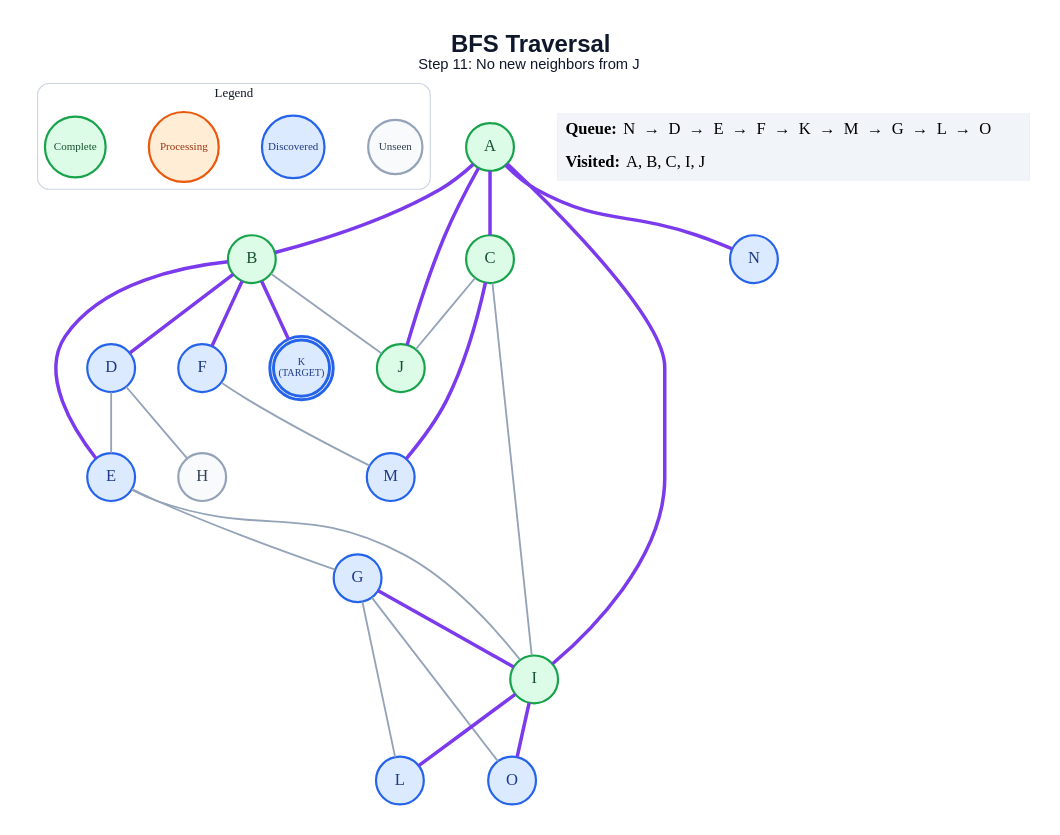
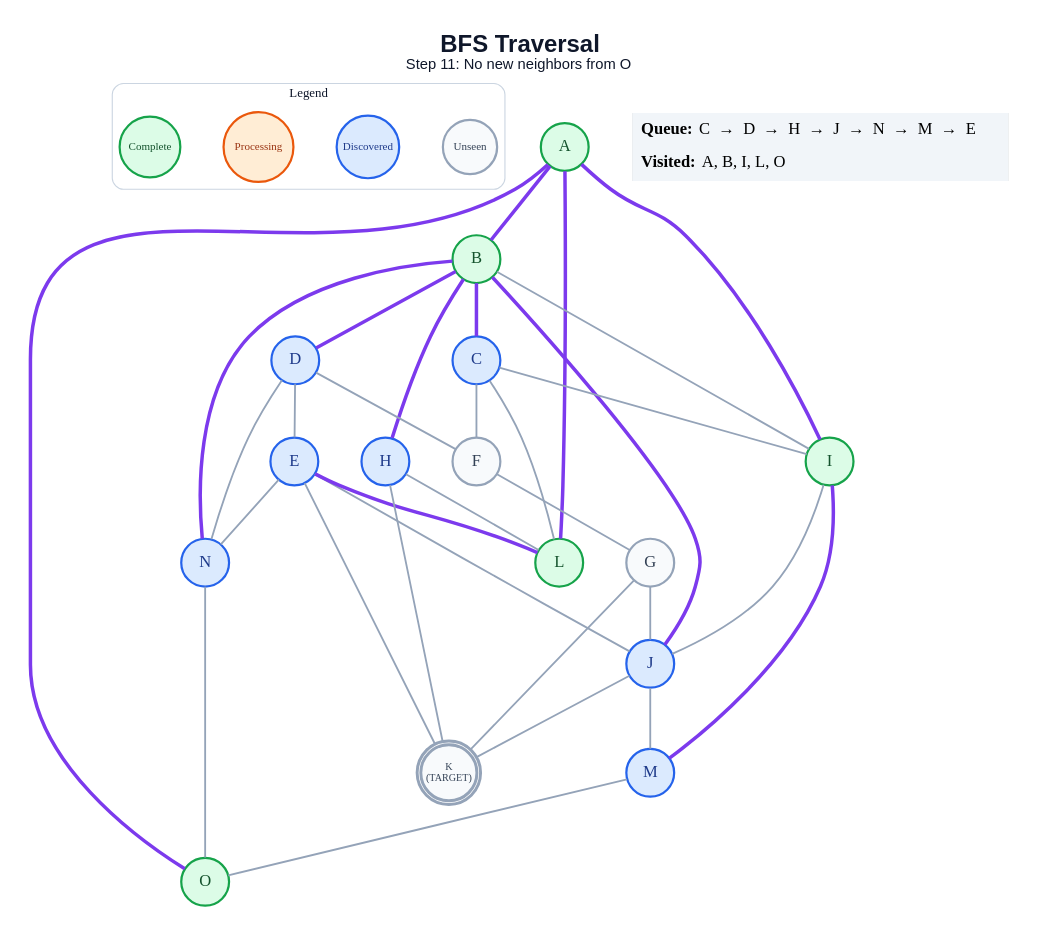
One commit to anon7238593-create/ai-slop changed the diagram in generated/specific-node/bfs/step_11.dot. Above: the diagram before and after it, drawn with Graphviz. The commit also changed 277 other files, not shown here.

```diff
--- a/generated/specific-node/bfs/step_11.dot
+++ b/generated/specific-node/bfs/step_11.dot
@@ -1,57 +1,65 @@
 graph traversal {
   graph [layout=dot, rankdir=TB, bgcolor="#FFFFFF", pad="0.35", nodesep="0.65", ranksep="0.8", fontname="Arial"];
   node [shape=circle, style="filled", fontname="Arial Bold", fontsize=18, width=0.72, fixedsize=true, penwidth=2.4];
   edge [color="#94A3B8", penwidth=2.0];
-  label=<<B>BFS Traversal</B><BR/><FONT POINT-SIZE="16">Step 11: No new neighbors from J</FONT>>; labelloc="t"; fontsize=26; fontname="Arial"; fontcolor="#0F172A";
+  label=<<B>BFS Traversal</B><BR/><FONT POINT-SIZE="16">Step 11: No new neighbors from O</FONT>>; labelloc="t"; fontsize=26; fontname="Arial"; fontcolor="#0F172A";
   subgraph cluster_legend { label="Legend"; color="#CBD5E1"; penwidth=1.2; style="rounded"; fontsize=14; fontname="Arial Bold";
     key_unseen [label="Unseen", fillcolor="#F8FAFC", color="#94A3B8", fontcolor="#334155", fontsize=12, width=0.82];
     key_frontier [label="Discovered", fillcolor="#DBEAFE", color="#2563EB", fontcolor="#1E3A8A", fontsize=12, width=0.95];
     key_current [label="Processing", fillcolor="#FFEDD5", color="#EA580C", fontcolor="#9A3412", fontsize=12, width=1.05];
     key_done [label="Complete", fillcolor="#DCFCE7", color="#16A34A", fontcolor="#14532D", fontsize=12, width=0.92];
     { rank=same; key_unseen; key_frontier; key_current; key_done; }
   }
   A [label="A", fillcolor="#DCFCE7", color="#16A34A", fontcolor="#14532D", peripheries=1, penwidth=2.4];
   B [label="B", fillcolor="#DCFCE7", color="#16A34A", fontcolor="#14532D", peripheries=1, penwidth=2.4];
-  C [label="C", fillcolor="#DCFCE7", color="#16A34A", fontcolor="#14532D", peripheries=1, penwidth=2.4];
+  C [label="C", fillcolor="#DBEAFE", color="#2563EB", fontcolor="#1E3A8A", peripheries=1, penwidth=2.4];
   D [label="D", fillcolor="#DBEAFE", color="#2563EB", fontcolor="#1E3A8A", peripheries=1, penwidth=2.4];
   E [label="E", fillcolor="#DBEAFE", color="#2563EB", fontcolor="#1E3A8A", peripheries=1, penwidth=2.4];
-  F [label="F", fillcolor="#DBEAFE", color="#2563EB", fontcolor="#1E3A8A", peripheries=1, penwidth=2.4];
-  G [label="G", fillcolor="#DBEAFE", color="#2563EB", fontcolor="#1E3A8A", peripheries=1, penwidth=2.4];
-  H [label="H", fillcolor="#F8FAFC", color="#94A3B8", fontcolor="#334155", peripheries=1, penwidth=2.4];
+  F [label="F", fillcolor="#F8FAFC", color="#94A3B8", fontcolor="#334155", peripheries=1, penwidth=2.4];
+  G [label="G", fillcolor="#F8FAFC", color="#94A3B8", fontcolor="#334155", peripheries=1, penwidth=2.4];
+  H [label="H", fillcolor="#DBEAFE", color="#2563EB", fontcolor="#1E3A8A", peripheries=1, penwidth=2.4];
   I [label="I", fillcolor="#DCFCE7", color="#16A34A", fontcolor="#14532D", peripheries=1, penwidth=2.4];
-  J [label="J", fillcolor="#DCFCE7", color="#16A34A", fontcolor="#14532D", peripheries=1, penwidth=2.4];
-  K [label="K\n(TARGET)", fillcolor="#DBEAFE", color="#2563EB", fontcolor="#1E3A8A", peripheries=2, penwidth=3.2, fontsize=11, width=0.85, height=0.85];
-  L [label="L", fillcolor="#DBEAFE", color="#2563EB", fontcolor="#1E3A8A", peripheries=1, penwidth=2.4];
+  J [label="J", fillcolor="#DBEAFE", color="#2563EB", fontcolor="#1E3A8A", peripheries=1, penwidth=2.4];
+  K [label="K\n(TARGET)", fillcolor="#F8FAFC", color="#94A3B8", fontcolor="#334155", peripheries=2, penwidth=3.2, fontsize=11, width=0.85, height=0.85];
+  L [label="L", fillcolor="#DCFCE7", color="#16A34A", fontcolor="#14532D", peripheries=1, penwidth=2.4];
   M [label="M", fillcolor="#DBEAFE", color="#2563EB", fontcolor="#1E3A8A", peripheries=1, penwidth=2.4];
   N [label="N", fillcolor="#DBEAFE", color="#2563EB", fontcolor="#1E3A8A", peripheries=1, penwidth=2.4];
-  O [label="O", fillcolor="#DBEAFE", color="#2563EB", fontcolor="#1E3A8A", peripheries=1, penwidth=2.4];
+  O [label="O", fillcolor="#DCFCE7", color="#16A34A", fontcolor="#14532D", peripheries=1, penwidth=2.4];
   A -- B [color="#7C3AED", penwidth=3.8];
-  A -- C [color="#7C3AED", penwidth=3.8];
   A -- I [color="#7C3AED", penwidth=3.8];
-  A -- J [color="#7C3AED", penwidth=3.8];
-  A -- N [color="#7C3AED", penwidth=3.8];
+  A -- L [color="#7C3AED", penwidth=3.8];
+  A -- O [color="#7C3AED", penwidth=3.8];
+  B -- C [color="#7C3AED", penwidth=3.8];
   B -- D [color="#7C3AED", penwidth=3.8];
-  B -- E [color="#7C3AED", penwidth=3.8];
-  B -- F [color="#7C3AED", penwidth=3.8];
-  B -- J;
-  B -- K [color="#7C3AED", penwidth=3.8];
+  B -- H [color="#7C3AED", penwidth=3.8];
+  B -- I;
+  B -- J [color="#7C3AED", penwidth=3.8];
+  B -- N [color="#7C3AED", penwidth=3.8];
+  C -- F;
   C -- I;
-  C -- J;
-  C -- M [color="#7C3AED", penwidth=3.8];
+  C -- L;
   D -- E;
-  D -- H;
-  E -- G;
-  E -- I;
-  F -- M;
-  G -- I [color="#7C3AED", penwidth=3.8];
-  G -- L;
-  G -- O;
-  I -- L [color="#7C3AED", penwidth=3.8];
-  I -- O [color="#7C3AED", penwidth=3.8];
+  D -- F;
+  D -- N;
+  E -- J;
+  E -- K;
+  E -- L [color="#7C3AED", penwidth=3.8];
+  E -- N;
+  F -- G;
+  G -- J;
+  G -- K;
+  H -- K;
+  H -- L;
+  I -- J;
+  I -- M [color="#7C3AED", penwidth=3.8];
+  J -- K;
+  J -- M;
+  M -- O;
+  N -- O;
   status [shape=plain, fixedsize=false, width=0, height=0, margin=0, label=<
     <TABLE BORDER="0" CELLBORDER="0" CELLPADDING="7" BGCOLOR="#F1F5F9">
-      <TR><TD ALIGN="LEFT"><B>Queue:</B> N  →  D  →  E  →  F  →  K  →  M  →  G  →  L  →  O</TD></TR>
-      <TR><TD ALIGN="LEFT"><B>Visited:</B> A, B, C, I, J</TD></TR>
+      <TR><TD ALIGN="LEFT"><B>Queue:</B> C  →  D  →  H  →  J  →  N  →  M  →  E</TD></TR>
+      <TR><TD ALIGN="LEFT"><B>Visited:</B> A, B, I, L, O</TD></TR>
     </TABLE>
   >];
 }
```
